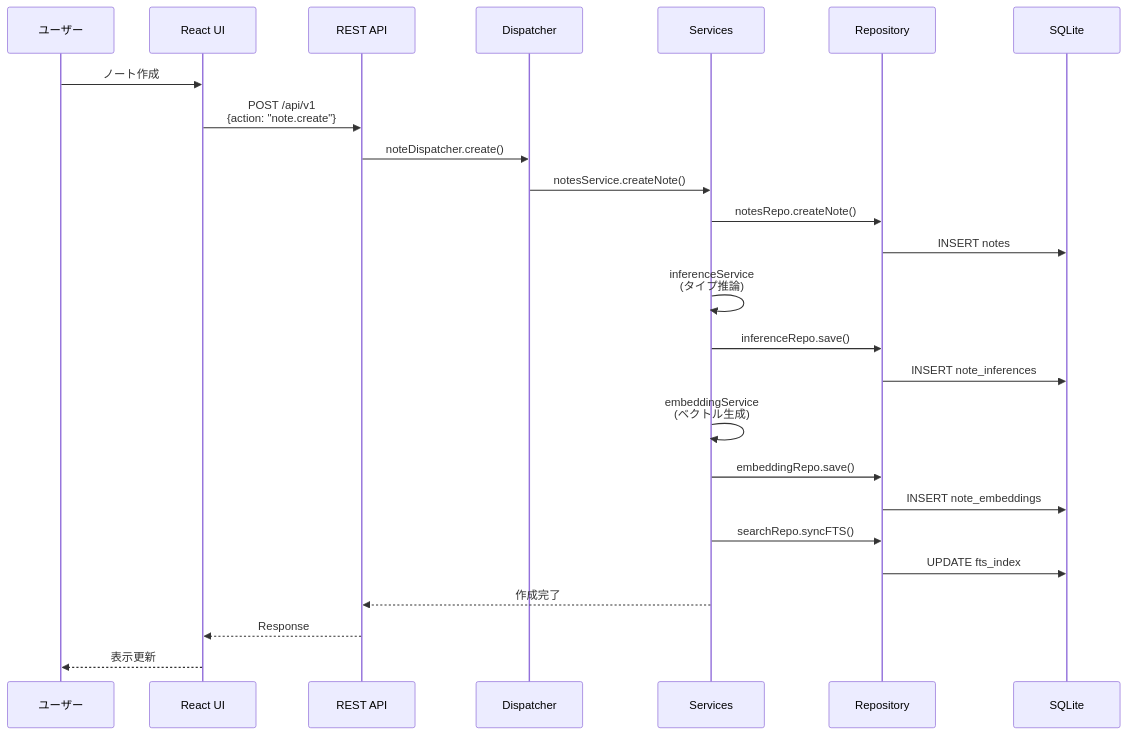
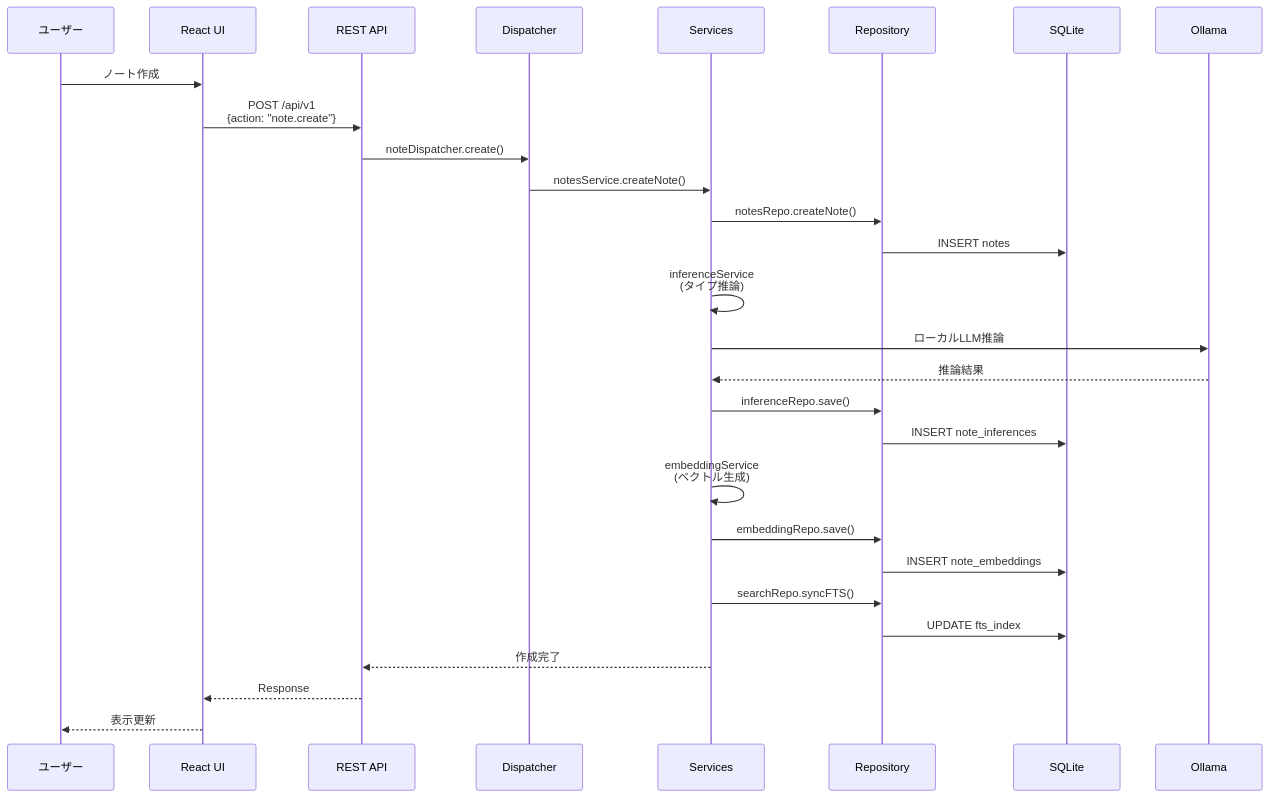
Before and after one commit to tamai-hideyuki/brain-cabinet: the third of 5 diagrams in docs/network-diagram.md, drawn with Mermaid. The commit also changed other lines of this file and 19 other files, not shown here.

````diff
--- a/docs/network-diagram.md
+++ b/docs/network-diagram.md
@@ -129,33 +206,36 @@
 ```mermaid
 sequenceDiagram
     participant User as ユーザー
     participant UI as React UI
     participant API as REST API
     participant Disp as Dispatcher
     participant Service as Services
     participant Repo as Repository
     participant DB as SQLite
+    participant LLM as Ollama
 
     User->>UI: ノート作成
     UI->>API: POST /api/v1<br/>{action: "note.create"}
     API->>Disp: noteDispatcher.create()
     Disp->>Service: notesService.createNote()
 
     Service->>Repo: notesRepo.createNote()
     Repo->>DB: INSERT notes
 
     Service->>Service: inferenceService<br/>(タイプ推論)
+    Service->>LLM: ローカルLLM推論
+    LLM-->>Service: 推論結果
     Service->>Repo: inferenceRepo.save()
     Repo->>DB: INSERT note_inferences
 
     Service->>Service: embeddingService<br/>(ベクトル生成)
     Service->>Repo: embeddingRepo.save()
     Repo->>DB: INSERT note_embeddings
 
     Service->>Repo: searchRepo.syncFTS()
     Repo->>DB: UPDATE fts_index
 
     Service-->>API: 作成完了
     API-->>UI: Response
     UI-->>User: 表示更新
 ```
````
